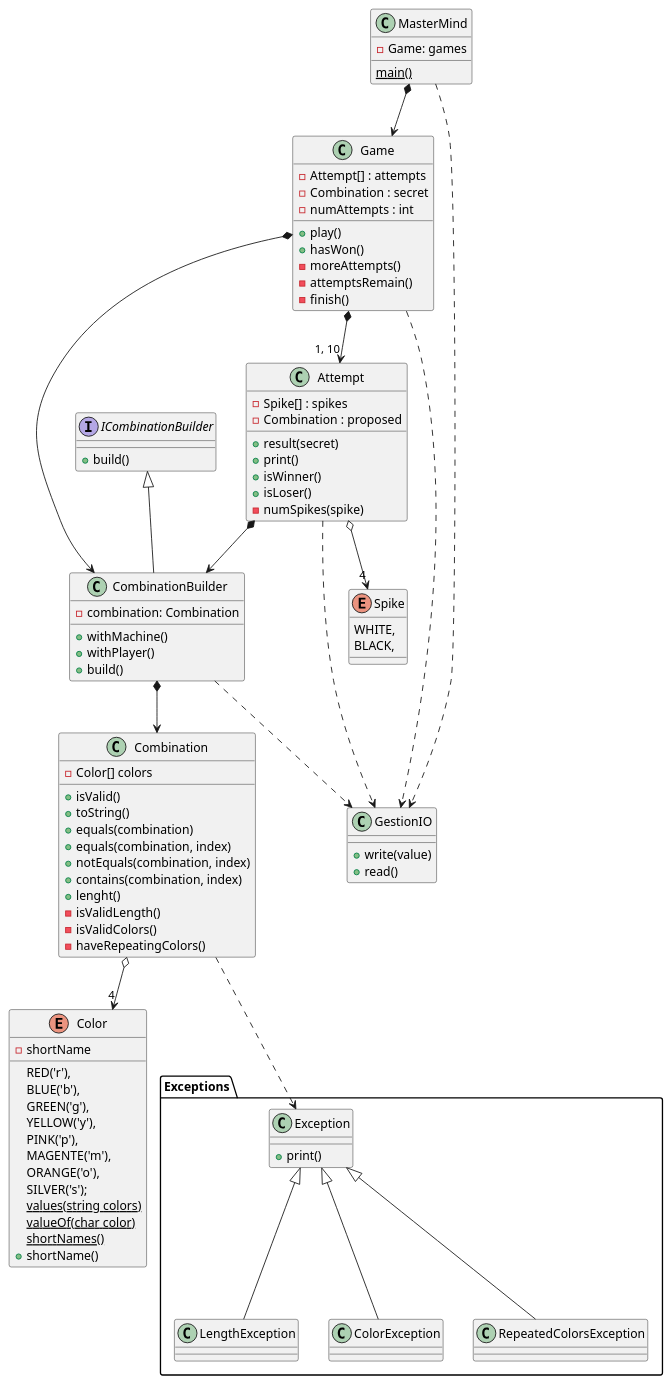
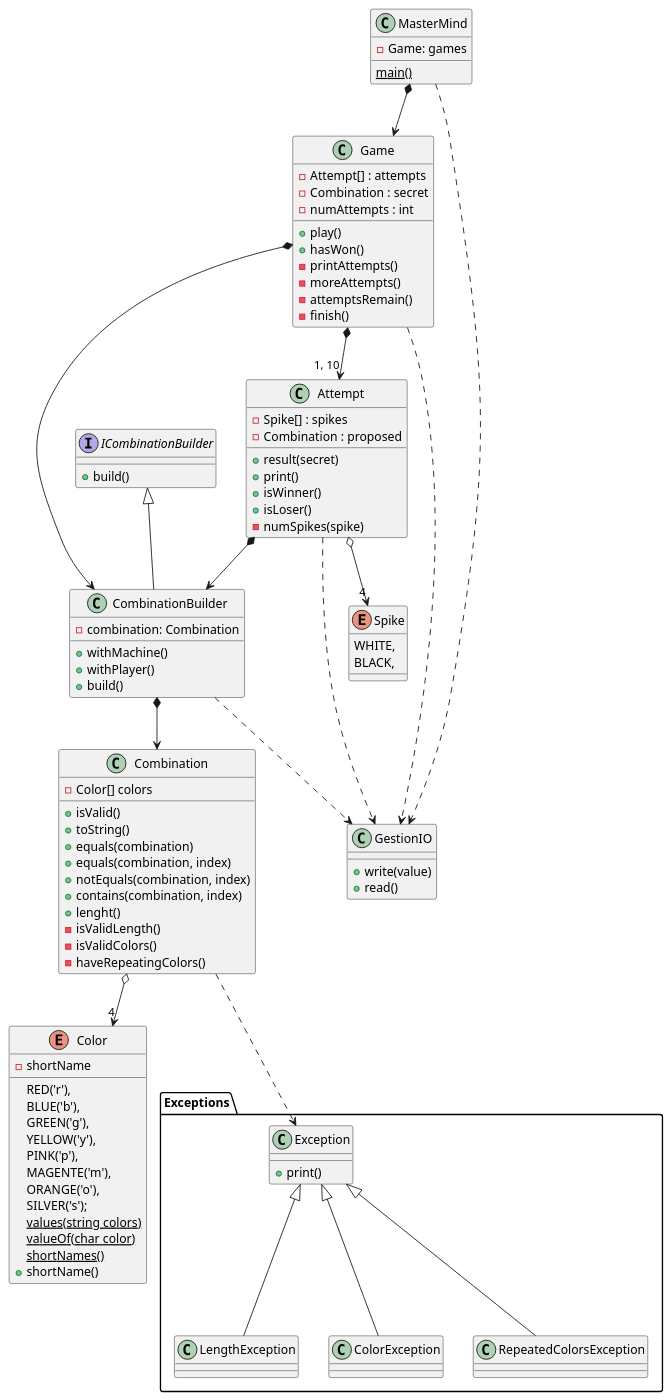
The diagram in classDiagram.wsd (Master-Desarrollo-20-21/ejercicio-2-vista-publica-clases-mastermind-ddominguezh), drawn with PlantUML before and after one commit.

```diff
--- a/classDiagram.wsd
+++ b/classDiagram.wsd
@@ -1,107 +1,108 @@
 @startuml
 
 class MasterMind{
     - Game: games
     {static} main()
 }
 
 class Game {
     - Attempt[] : attempts
     - Combination : secret
     - numAttempts : int
     + play()
     + hasWon()
+    - printAttempts()
     - moreAttempts()
     - attemptsRemain()
     - finish()
 }
 
 class Attempt {
     - Spike[] : spikes
     - Combination : proposed
     + result(secret)
     + print()
     + isWinner()
     + isLoser()
     - numSpikes(spike)
 }
 
 interface ICombinationBuilder {
     + build()
 }
 
 class CombinationBuilder {
     - combination: Combination
     + withMachine()
     + withPlayer()
     + build()
 }
     
 class Combination {
     - Color[] colors
     + isValid()
     + toString()
     + equals(combination)
     + equals(combination, index)
     + notEquals(combination, index)
     + contains(combination, index)
     + lenght()
     - isValidLength()
     - isValidColors()
     - haveRepeatingColors()
 }
 
 class GestionIO{
     + write(value)
     + read()
 }
 
 package "Exceptions" #FFFFFF {
     class Exception {
         + print()
     }
     class LengthException {}
     class ColorException {}
     class RepeatedColorsException{}
 }
 
 enum Color{
     RED('r'),
     BLUE('b'),
     GREEN('g'),
     YELLOW('y'),
     PINK('p'),
     MAGENTE('m'),
     ORANGE('o'),
     SILVER('s');
     - shortName
     {static} values(string colors)
     {static} valueOf(char color)
     {static} shortNames()
     + shortName()
 }
 
 enum Spike {
     WHITE,
     BLACK,
 }
 
 MasterMind *--> Game
 MasterMind ..> GestionIO
 Game *--> CombinationBuilder
 Game *--> "1, 10" Attempt
 Game ..> GestionIO
 Attempt *--> CombinationBuilder
 Attempt o--> "4" Spike
 Attempt ..> GestionIO
 ICombinationBuilder <|-- CombinationBuilder
 CombinationBuilder *--> Combination
 CombinationBuilder ..> GestionIO
 Combination o--> "4" Color
 Combination ..> Exception
 
 Exception <|-- LengthException
 Exception <|-- ColorException
 Exception <|-- RepeatedColorsException
 
 @enduml
```
